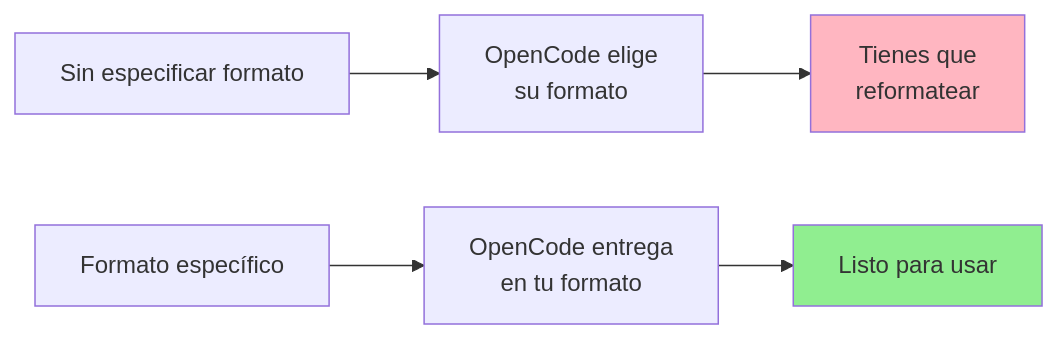
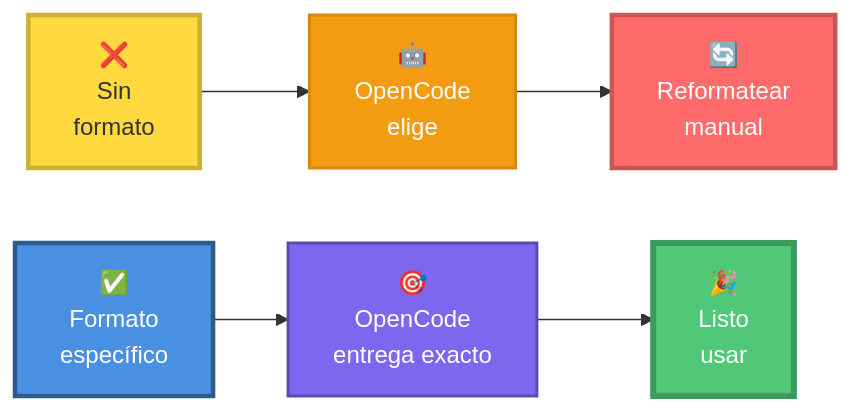
One commit to Ai-Whisperers/Courses-Content changed the eighth of 18 diagrams in courses/🟡-development/FPUNA-2026/00-FUNDAMENTOS-PRINCIPALES/03-ingenieria-prompts.md. Above: the diagram before and after it, drawn with Mermaid. The commit also changed other lines of this file, not shown here.

First line of the commit message:
Improve 10/18 Mermaid diagrams in 03-ingenieria-prompts.md

````diff
--- a/courses/🟡-development/FPUNA-2026/00-FUNDAMENTOS-PRINCIPALES/03-ingenieria-prompts.md
+++ b/courses/🟡-development/FPUNA-2026/00-FUNDAMENTOS-PRINCIPALES/03-ingenieria-prompts.md
@@ -481,11 +485,15 @@
 ```mermaid
 graph LR
-    A[Sin especificar formato] --> B[OpenCode elige<br/>su formato]
-    B --> C[Tienes que<br/>reformatear]
+    A["❌<br/>Sin<br/>formato"] --> B["🤖<br/>OpenCode<br/>elige"]
+    B --> C["🔄<br/>Reformatear<br/>manual"]
     
-    D[Formato específico] --> E[OpenCode entrega<br/>en tu formato]
-    E --> F[Listo para usar]
+    D["✅<br/>Formato<br/>específico"] --> E["🎯<br/>OpenCode<br/>entrega exacto"]
+    E --> F["🎉<br/>Listo<br/>usar"]
     
-    style C fill:#FFB6C1
-    style F fill:#90EE90
+    style A fill:#FFD93D,stroke:#CCB031,stroke-width:3px,color:#333
+    style B fill:#F39C12,stroke:#D68910,stroke-width:2px,color:#fff
+    style C fill:#FF6B6B,stroke:#CC5555,stroke-width:3px,color:#fff
+    style D fill:#4A90E2,stroke:#2E5C8A,stroke-width:3px,color:#fff
+    style E fill:#7B68EE,stroke:#5A4BB5,stroke-width:2px,color:#fff
+    style F fill:#50C878,stroke:#3A9B5C,stroke-width:4px,color:#fff
 ```
````
